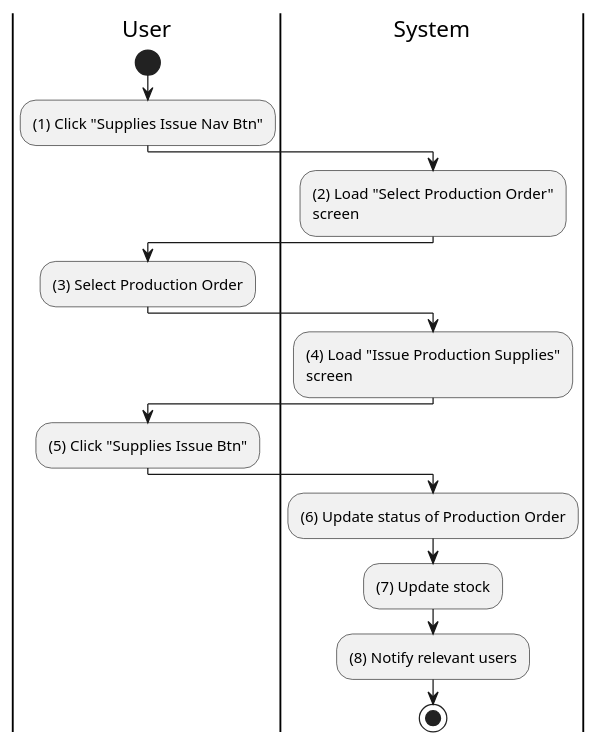
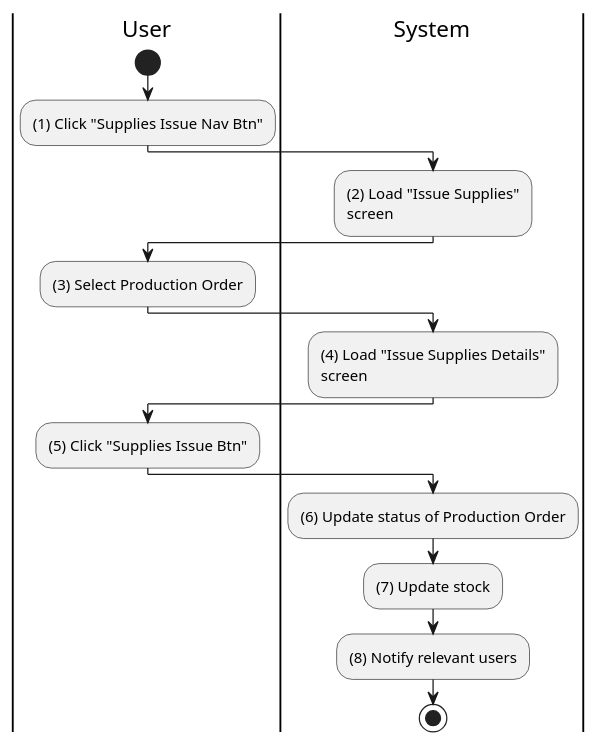
Before and after one commit to phihungha/scmss-reqs: the diagram in activities/inventory-supply-issue.plantuml, drawn with PlantUML. The commit also changed 15 other files, not shown here.

```diff
--- a/activities/inventory-supply-issue.plantuml
+++ b/activities/inventory-supply-issue.plantuml
@@ -1,26 +1,26 @@
 @startuml inventory-supply-issue
 |u|User
 |s|System
 
 |u|
 start
 :(1) Click "Supplies Issue Nav Btn";
 
 |s|
-:(2) Load "Select Production Order"\nscreen;
+:(2) Load "Issue Supplies"\nscreen;
 
 |u|
 :(3) Select Production Order;
 
 |s|
-:(4) Load "Issue Production Supplies"\nscreen;
+:(4) Load "Issue Supplies Details"\nscreen;
 
 |u|
 :(5) Click "Supplies Issue Btn";
 
 |s|
 :(6) Update status of Production Order;
 :(7) Update stock;
 :(8) Notify relevant users;
 stop
 @enduml
```
